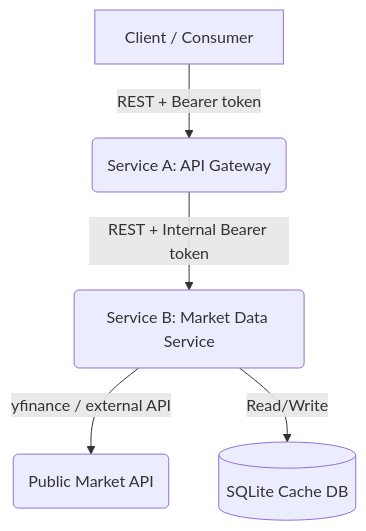
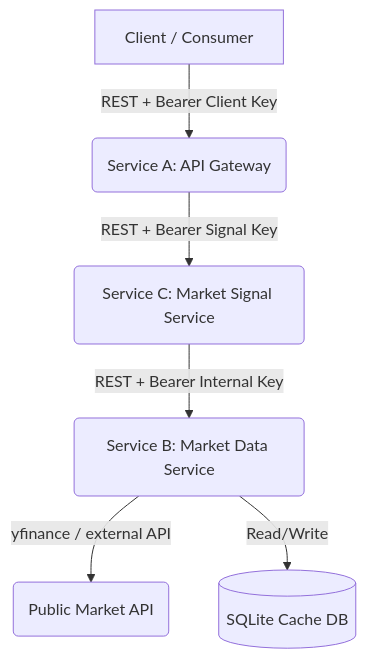
One commit to bobev18/finapi changed the diagram in README.md. Above: the diagram before and after it, drawn with Mermaid. The commit also changed other lines of this file and 3 other files, not shown here.

````diff
--- a/README.md
+++ b/README.md
@@ -11,7 +11,8 @@
 ```mermaid
 graph TD
-    Client[Client / Consumer] -->|REST + Bearer token| ServiceA(Service A: API Gateway)
-    ServiceA -->|REST + Internal Bearer token| ServiceB(Service B: Market Data Service)
+    Client[Client / Consumer] -->|REST + Bearer Client Key| ServiceA(Service A: API Gateway)
+    ServiceA -->|REST + Bearer Signal Key| ServiceC(Service C: Market Signal Service)
+    ServiceC -->|REST + Bearer Internal Key| ServiceB(Service B: Market Data Service)
     ServiceB -->|yfinance / external API| PublicAPI(Public Market API)
     ServiceB -->|Read/Write| CacheDB[(SQLite Cache DB)]
 ```
````
